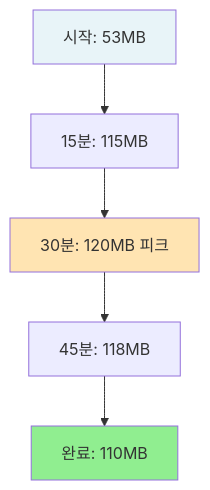
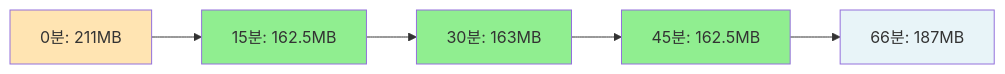
The sixth of 11 diagrams in docs/LARGE_SCALE_API_CALL_INFRASTRUCTURE.md (medical-info-hub/hospitalInfoProject-backend), drawn with Mermaid before and after one commit. The commit also changed other lines of this file, not shown here.

````diff
--- a/docs/LARGE_SCALE_API_CALL_INFRASTRUCTURE.md
+++ b/docs/LARGE_SCALE_API_CALL_INFRASTRUCTURE.md
@@ -891,11 +891,13 @@
 ```mermaid
-graph TD
-    A[시작: 53MB] --> B[15분: 115MB]
-    B --> C[30분: 120MB 피크]
-    C --> D[45분: 118MB]
-    D --> E[완료: 110MB]
+graph LR
+    A[0분: 211MB] --> B[15분: 162.5MB]
+    B --> C[30분: 163MB]
+    C --> D[45분: 162.5MB]
+    D --> E[66분: 187MB]
 
-    style A fill:#E8F4F8
-    style C fill:#FFE4B2
-    style E fill:#90EE90
+    style A fill:#FFE4B2
+    style B fill:#90EE90
+    style C fill:#90EE90
+    style D fill:#90EE90
+    style E fill:#E8F4F8
 ```
````
